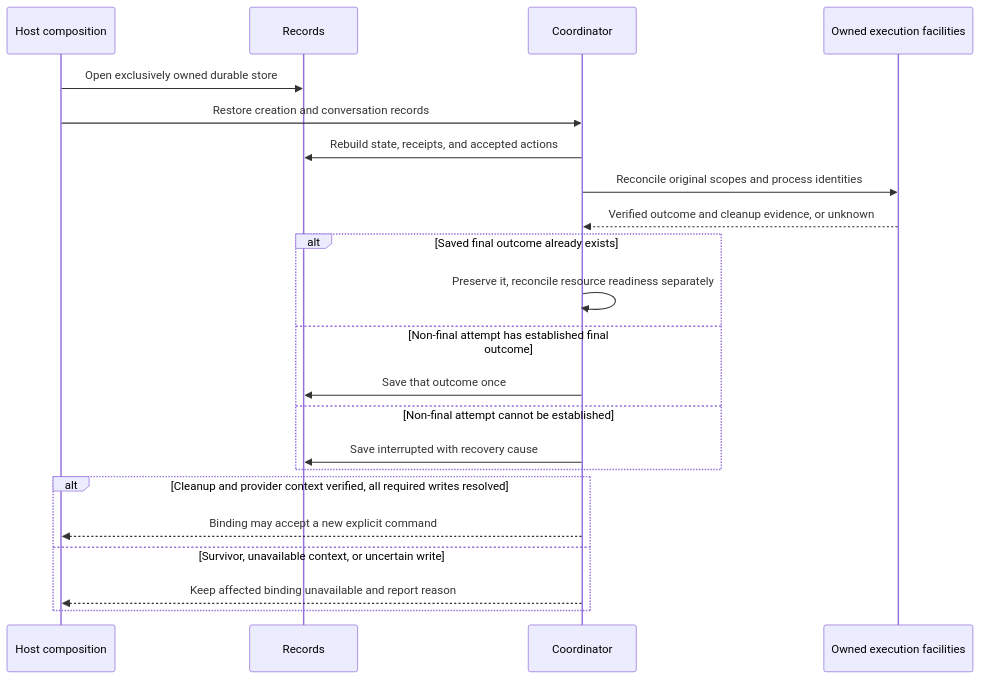
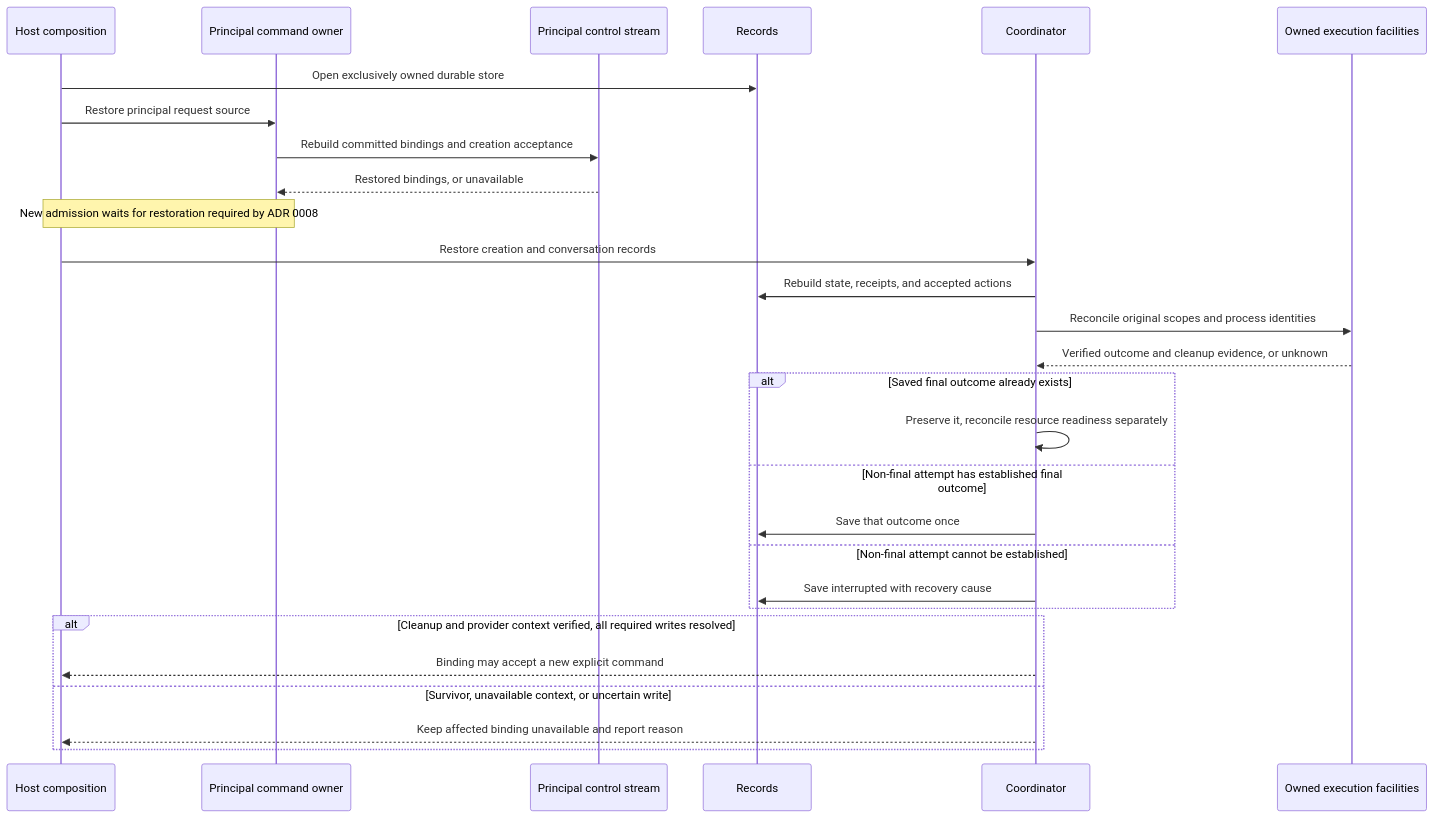
One commit to nessalabs/nessa-agent changed the eighth of 8 diagrams in docs/design/agent_execution/runtime-classes-and-sequences.md. Above: the diagram before and after it, drawn with Mermaid. The commit also changed other lines of this file and 7 other files, not shown here.

````diff
--- a/docs/design/agent_execution/runtime-classes-and-sequences.md
+++ b/docs/design/agent_execution/runtime-classes-and-sequences.md
@@ -450,24 +500,30 @@
 ```mermaid
 sequenceDiagram
     participant H as Host composition
+    participant I as Principal command owner
+    participant K as Principal control stream
     participant S as Records
     participant R as Coordinator
     participant E as Owned execution facilities
     H->>S: Open exclusively owned durable store
+    H->>I: Restore principal request source
+    I->>K: Rebuild committed bindings and creation acceptance
+    K-->>I: Restored bindings, or unavailable
+    Note over H,I: New admission waits for restoration required by ADR 0008
     H->>R: Restore creation and conversation records
     R->>S: Rebuild state, receipts, and accepted actions
     R->>E: Reconcile original scopes and process identities
     E-->>R: Verified outcome and cleanup evidence, or unknown
     alt Saved final outcome already exists
         R->>R: Preserve it, reconcile resource readiness separately
     else Non-final attempt has established final outcome
         R->>S: Save that outcome once
     else Non-final attempt cannot be established
         R->>S: Save interrupted with recovery cause
     end
     alt Cleanup and provider context verified, all required writes resolved
         R-->>H: Binding may accept a new explicit command
     else Survivor, unavailable context, or uncertain write
         R-->>H: Keep affected binding unavailable and report reason
     end
 ```
````
